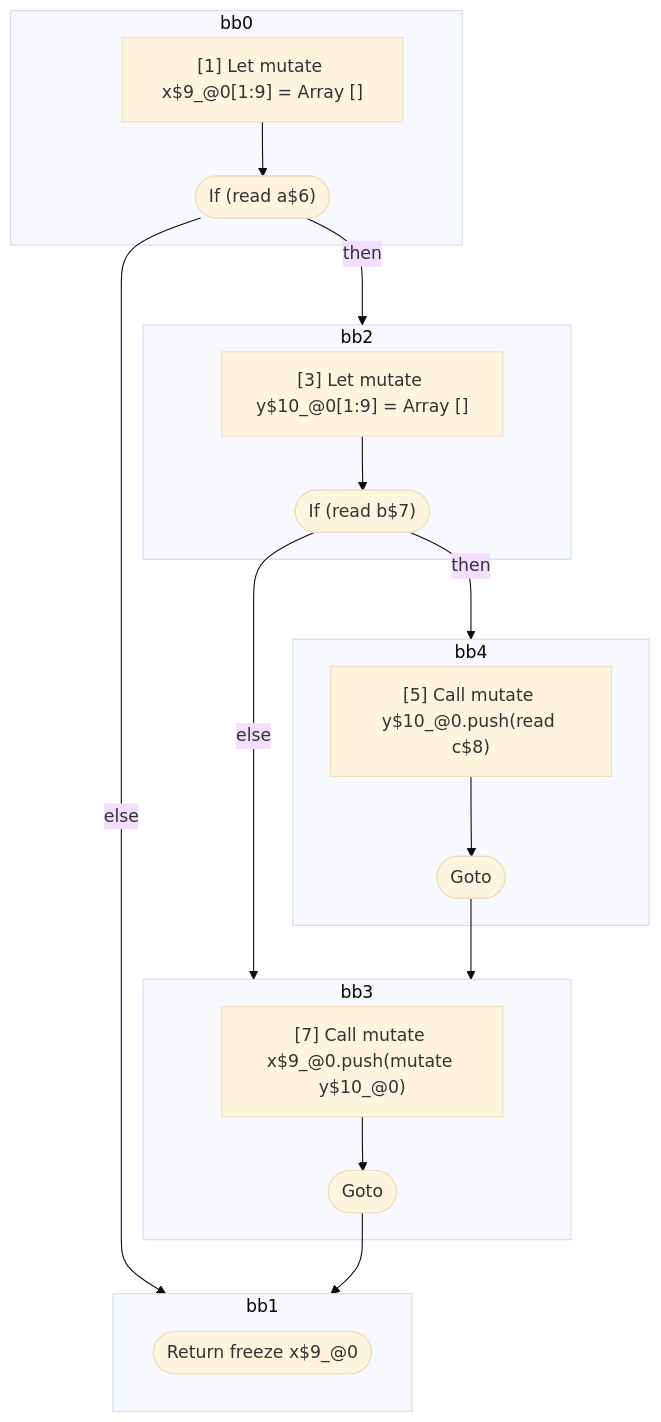
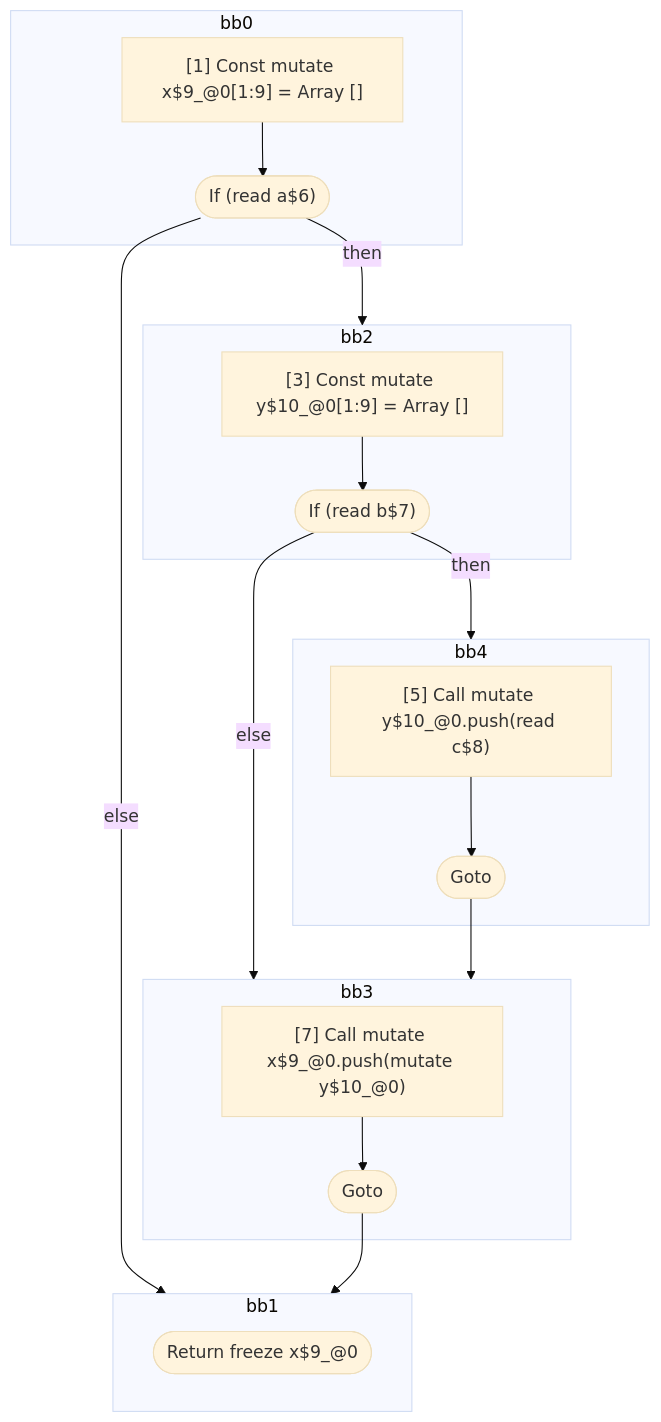
One commit to wutsmog/private changed the diagram in compiler/forget/src/__tests__/fixtures/hir/overlapping-scopes-within-block.expect.md. Above: the diagram before and after it, drawn with Mermaid (base theme). The commit also changed other lines of this file and 61 other files, not shown here.

````diff
--- a/compiler/forget/src/__tests__/fixtures/hir/overlapping-scopes-within-block.expect.md
+++ b/compiler/forget/src/__tests__/fixtures/hir/overlapping-scopes-within-block.expect.md
@@ -49,40 +49,40 @@
 ```mermaid
 flowchart TB
   %% Basic Blocks
   subgraph bb0
     bb0_instrs["
-      [1] Let mutate x$9_@0[1:9] = Array []
+      [1] Const mutate x$9_@0[1:9] = Array []
     "]
     bb0_instrs --> bb0_terminal(["If (read a$6)"])
   end
   subgraph bb2
     bb2_instrs["
-      [3] Let mutate y$10_@0[1:9] = Array []
+      [3] Const mutate y$10_@0[1:9] = Array []
     "]
     bb2_instrs --> bb2_terminal(["If (read b$7)"])
   end
   subgraph bb4
     bb4_instrs["
       [5] Call mutate y$10_@0.push(read c$8)
     "]
     bb4_instrs --> bb4_terminal(["Goto"])
   end
   subgraph bb3
     bb3_instrs["
       [7] Call mutate x$9_@0.push(mutate y$10_@0)
     "]
     bb3_instrs --> bb3_terminal(["Goto"])
   end
   subgraph bb1
     bb1_terminal(["Return freeze x$9_@0"])
   end
 
   %% Jumps
   bb0_terminal -- "then" --> bb2
   bb0_terminal -- "else" --> bb1
   bb2_terminal -- "then" --> bb4
   bb2_terminal -- "else" --> bb3
   bb4_terminal --> bb3
   bb3_terminal --> bb1
 
 ```
````
